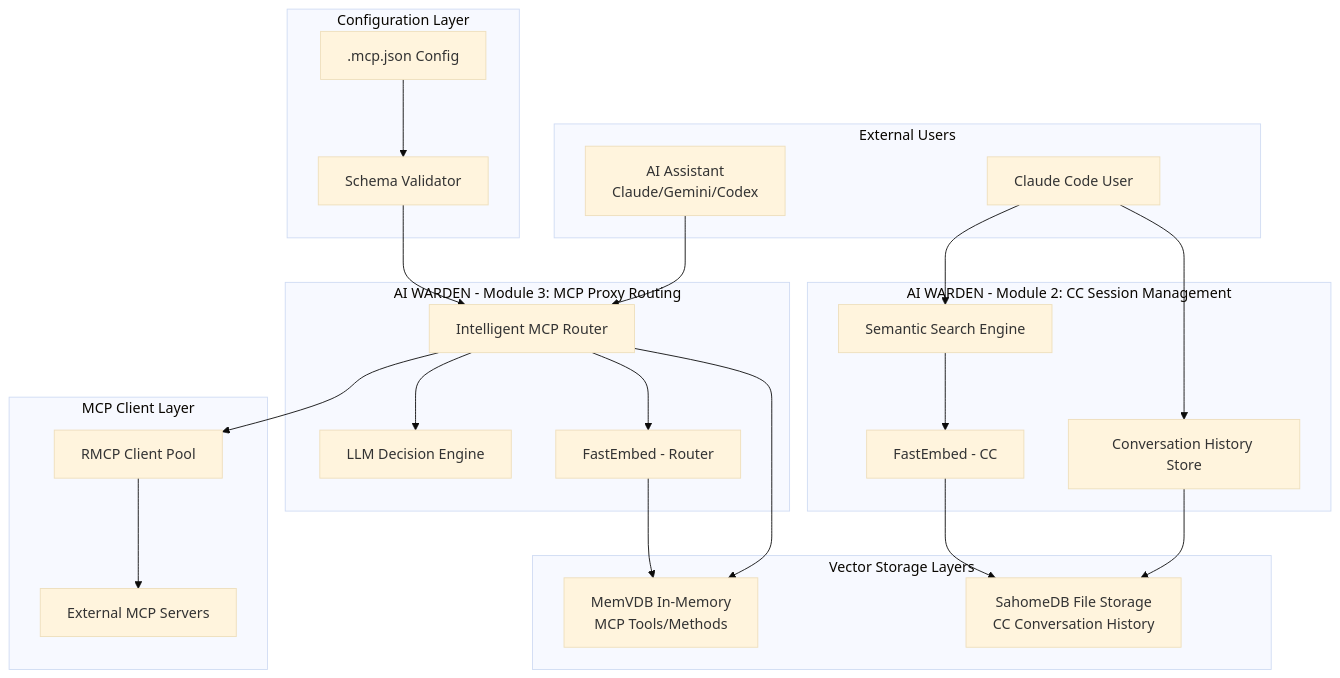
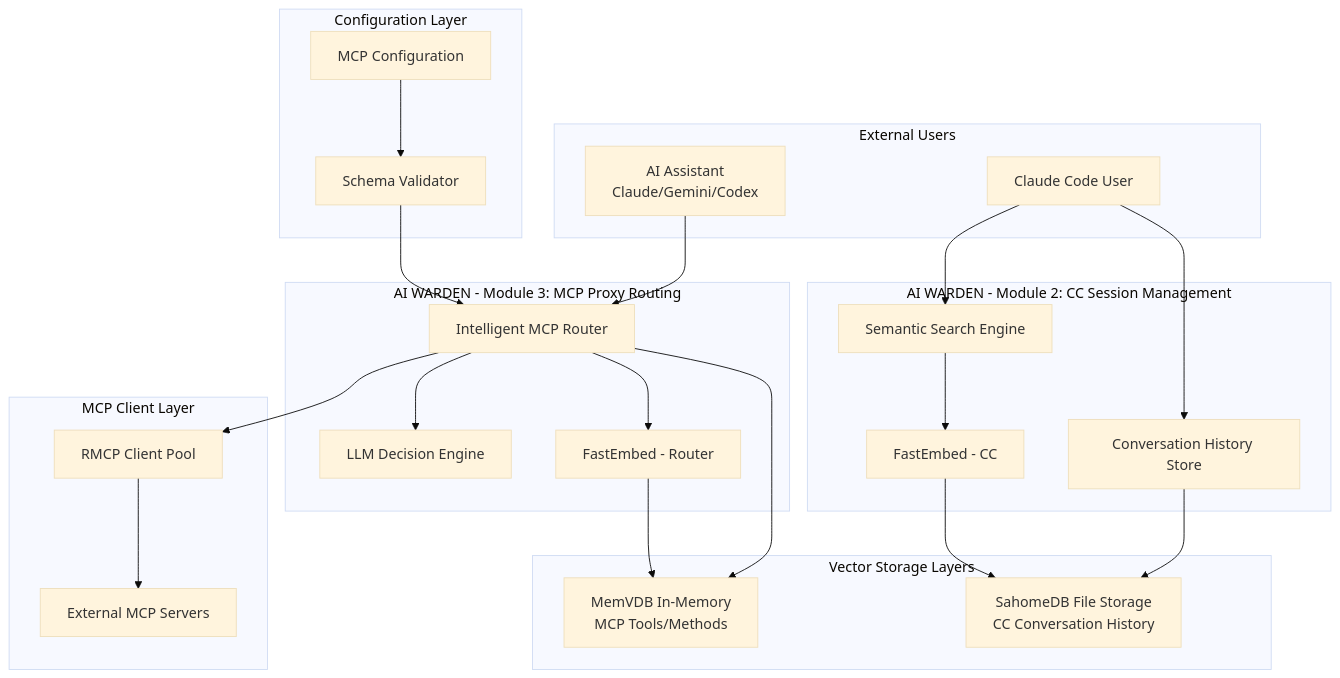
One commit to putao520/agentic-warden changed the seventh of 9 diagrams in SPEC/02-ARCHITECTURE.md. Above: the diagram before and after it, drawn with Mermaid (base theme). The commit also changed other lines of this file and 7 other files, not shown here.

````diff
--- a/SPEC/02-ARCHITECTURE.md
+++ b/SPEC/02-ARCHITECTURE.md
@@ -952,54 +952,54 @@
 ```mermaid
 graph TB
     subgraph "External Users"
         MainAI[AI Assistant<br/>Claude/Gemini/Codex]
         ClaudeUser[Claude Code User]
     end
 
     subgraph "AI WARDEN - Module 3: MCP Proxy Routing"
         IntelligentRouter[Intelligent MCP Router]
         LLMEngine[LLM Decision Engine]
         FastEmbedRouter[FastEmbed - Router]
     end
 
     subgraph "AI WARDEN - Module 2: CC Session Management"
         ConvHistory[Conversation History Store]
         SearchEngine[Semantic Search Engine]
         FastEmbedCC[FastEmbed - CC]
     end
 
     subgraph "Vector Storage Layers"
         MemVDB[MemVDB In-Memory<br/>MCP Tools/Methods]
         SahomeDB[SahomeDB File Storage<br/>CC Conversation History]
     end
 
     subgraph "MCP Client Layer"
         RMCPClientPool[RMCP Client Pool]
         MCPServers[External MCP Servers]
     end
 
     subgraph "Configuration Layer"
-        MCPConfig[.mcp.json Config]
+        MCPConfig[MCP Configuration]
         ConfigValidator[Schema Validator]
     end
 
     %% MCP Routing Flow
     MainAI --> IntelligentRouter
     IntelligentRouter --> MemVDB
     IntelligentRouter --> LLMEngine
     IntelligentRouter --> FastEmbedRouter
     IntelligentRouter --> RMCPClientPool
     RMCPClientPool --> MCPServers
     FastEmbedRouter --> MemVDB
 
     %% CC Session Management Flow (Independent)
     ClaudeUser --> ConvHistory
     ClaudeUser --> SearchEngine
     ConvHistory --> SahomeDB
     SearchEngine --> FastEmbedCC
     FastEmbedCC --> SahomeDB
 
     %% Configuration
     MCPConfig --> ConfigValidator
     ConfigValidator --> IntelligentRouter
 ```
````
